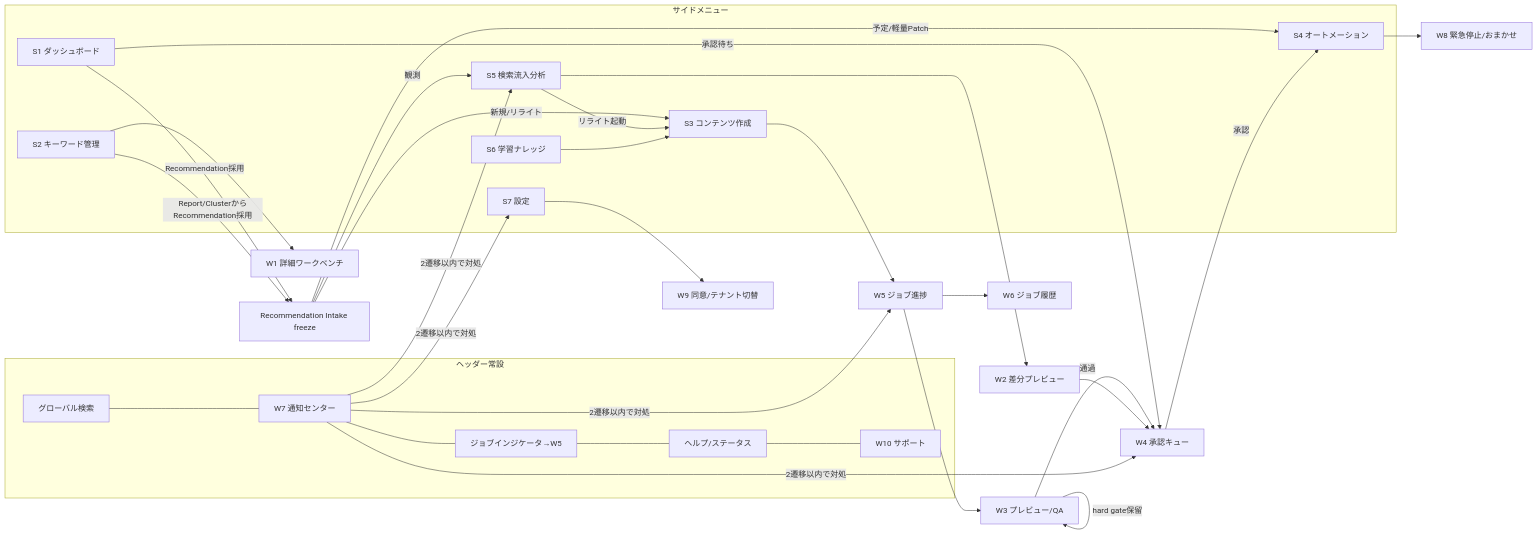
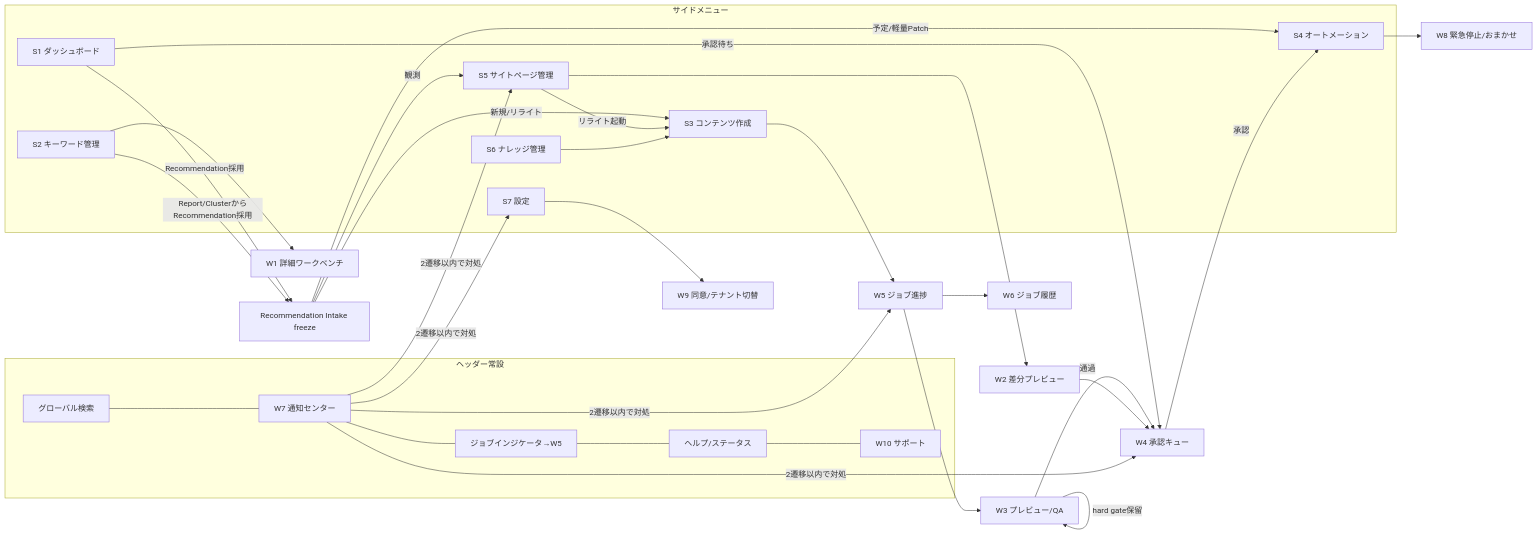
Before and after one commit to unison-ai-product/AI-Office-de-SEO: the sixth of 13 diagrams in docs/design/ai-office-de-seo/L3-ui-prototype/ai-office-de-seo-screen-flow_v3.7.md, drawn with Mermaid. The commit also changed 13 other files, not shown here.

````diff
--- a/docs/design/ai-office-de-seo/L3-ui-prototype/ai-office-de-seo-screen-flow_v3.7.md
+++ b/docs/design/ai-office-de-seo/L3-ui-prototype/ai-office-de-seo-screen-flow_v3.7.md
@@ -121,26 +121,26 @@
 ```mermaid
 flowchart LR
   subgraph GH[ヘッダー常設]
     GS[グローバル検索] --- NC[W7 通知センター] --- JI[ジョブインジケータ→W5] --- HELP[ヘルプ/ステータス] --- SUP[W10 サポート]
   end
   subgraph SIDE[サイドメニュー]
-    S1[S1 ダッシュボード]; S2[S2 キーワード管理]; S3[S3 コンテンツ作成]; S4[S4 オートメーション]; S5[S5 検索流入分析]; S6[S6 学習ナレッジ]; S7[S7 設定]
+    S1[S1 ダッシュボード]; S2[S2 キーワード管理]; S3[S3 コンテンツ作成]; S4[S4 オートメーション]; S5[S5 サイトページ管理]; S6[S6 ナレッジ管理]; S7[S7 設定]
   end
   S1 -->|承認待ち| W4[W4 承認キュー]
   S1 -->|Recommendation採用| RI[Recommendation Intake freeze]
   S2 -->|Report/ClusterからRecommendation採用| RI
   RI -->|新規/リライト| S3
   RI -->|予定/軽量Patch| S4
   RI -->|観測| S5
   S2 --> W1[W1 詳細ワークベンチ]
   S3 --> W5[W5 ジョブ進捗] --> W3[W3 プレビュー/QA]
   W3 -->|通過| W4 -->|承認| S4
   W3 -->|hard gate保留| W3
   S4 --> W8[W8 緊急停止/おまかせ]
   S5 -->|リライト起動| S3
   S5 --> W2[W2 差分プレビュー] --> W4
   S6 --> S3
   S7 --> W9[W9 同意/テナント切替]
   NC -->|2遷移以内で対処| W4 & W5 & S7 & S5
   W5 --> W6[W6 ジョブ履歴]
 ```
````
